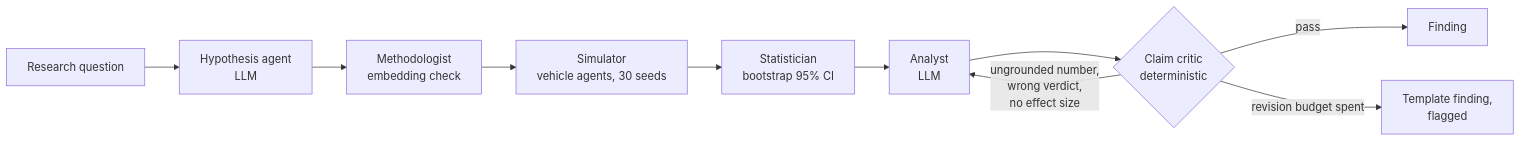
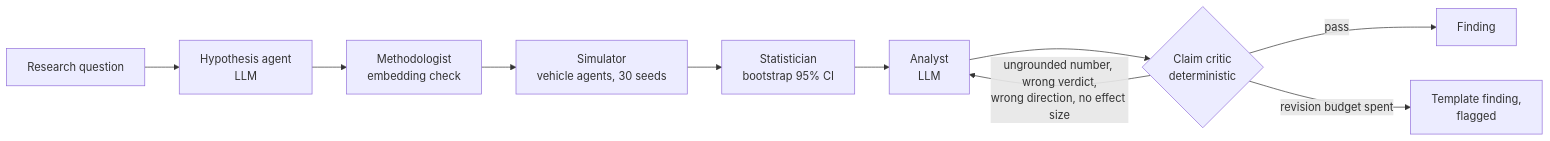
Before and after one commit to Divya171997/Divya171997: the diagram in Agentic AI/Intersection-Coordination-Lab/README.md, drawn with Mermaid. The commit also changed other lines of this file and 31 other files, not shown here.

````diff
--- a/Agentic AI/Intersection-Coordination-Lab/README.md
+++ b/Agentic AI/Intersection-Coordination-Lab/README.md
@@ -15,12 +15,12 @@
 ```mermaid
 flowchart LR
     Q[Research question] --> H[Hypothesis agent<br/>LLM]
     H --> M[Methodologist<br/>embedding check]
     M --> S[Simulator<br/>vehicle agents, 30 seeds]
     S --> ST[Statistician<br/>bootstrap 95% CI]
     ST --> A[Analyst<br/>LLM]
     A --> C{Claim critic<br/>deterministic}
-    C -- "ungrounded number,<br/>wrong verdict,<br/>no effect size" --> A
+    C -- "ungrounded number, wrong verdict,<br/>wrong direction, no effect size" --> A
     C -- pass --> F[Finding]
     C -- "revision budget spent" --> T[Template finding,<br/>flagged]
 ```
````
